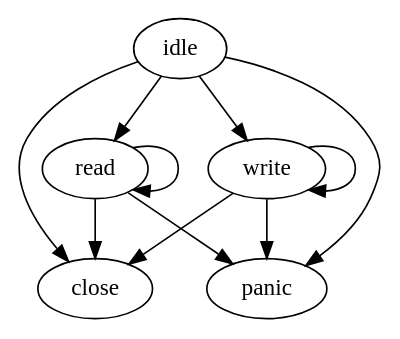
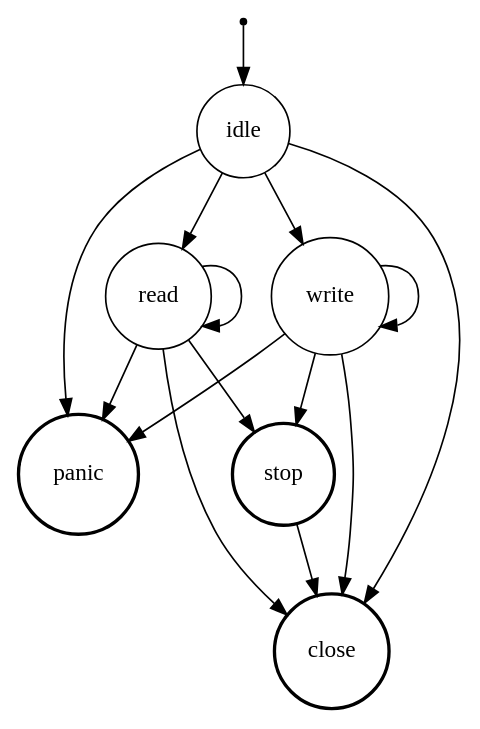
The diagram in docs/src/assets/modes.dot (JuliaIO/TranscodingStreams.jl), drawn with Graphviz before and after one commit. The commit also changed 9 other files, not shown here.

```diff
--- a/docs/src/assets/modes.dot
+++ b/docs/src/assets/modes.dot
@@ -1,14 +1,28 @@
 digraph modes {
+    "start" -> "idle";
+
     "idle" -> "read";
     "idle" -> "write";
     "idle" -> "close";
     "idle" -> "panic";
 
     "read" -> "read";
+    "read" -> "stop";
     "read" -> "close";
     "read" -> "panic";
 
     "write" -> "write";
+    "write" -> "stop";
     "write" -> "close";
     "write" -> "panic";
+
+    "stop" -> "close";
+
+    "start" [ shape = point ];
+    "idle"  [ shape = circle ];
+    "read"  [ shape = circle ];
+    "write" [ shape = circle ];
+    "stop"  [ shape = circle; style=bold; ];
+    "close" [ shape = circle; style=bold; ];
+    "panic" [ shape = circle; style=bold; ];
 }
```
